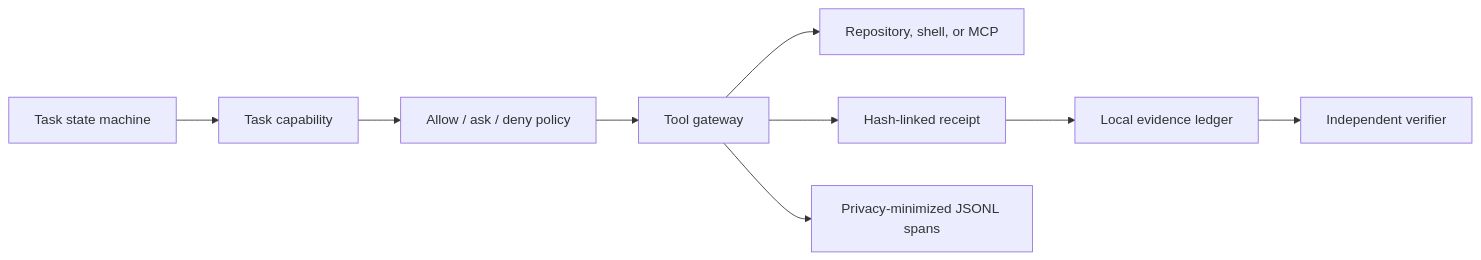
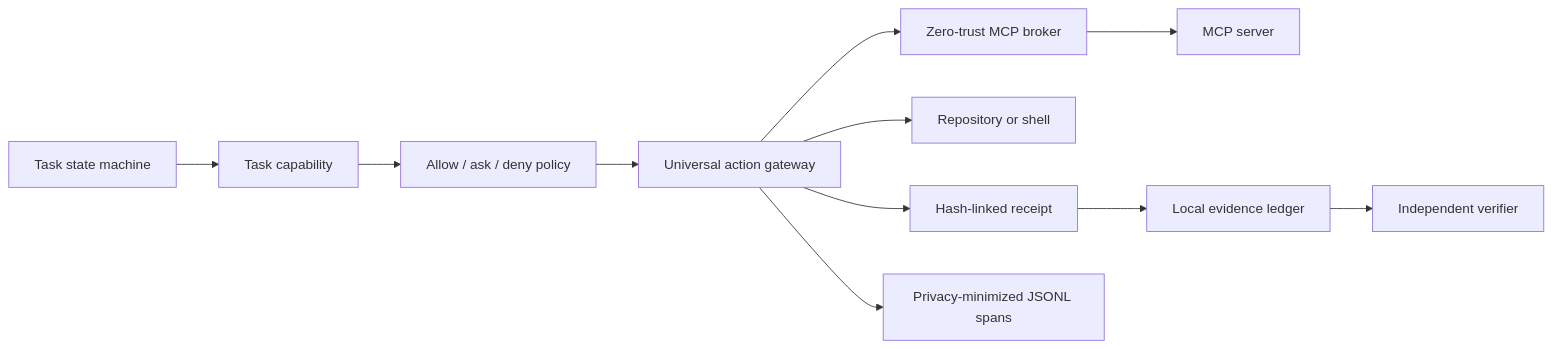
The seventh of 8 diagrams in docs/HIGH_LEVEL_DESIGN.md (phamhungptithcm/ai-agent-kit), drawn with Mermaid before and after one commit. The commit also changed other lines of this file and 69 other files, not shown here.

````diff
--- a/docs/HIGH_LEVEL_DESIGN.md
+++ b/docs/HIGH_LEVEL_DESIGN.md
@@ -233,11 +234,13 @@
 ```mermaid
 flowchart LR
   Task[Task state machine] --> Capability[Task capability]
   Capability --> Policy[Allow / ask / deny policy]
-  Policy --> Gateway[Tool gateway]
-  Gateway --> Target[Repository, shell, or MCP]
+  Policy --> Gateway[Universal action gateway]
+  Gateway --> Broker[Zero-trust MCP broker]
+  Gateway --> Target[Repository or shell]
+  Broker --> MCP[MCP server]
   Gateway --> Receipt[Hash-linked receipt]
   Receipt --> Ledger[Local evidence ledger]
   Ledger --> Verify[Independent verifier]
   Gateway --> Telemetry[Privacy-minimized JSONL spans]
 ```
````
